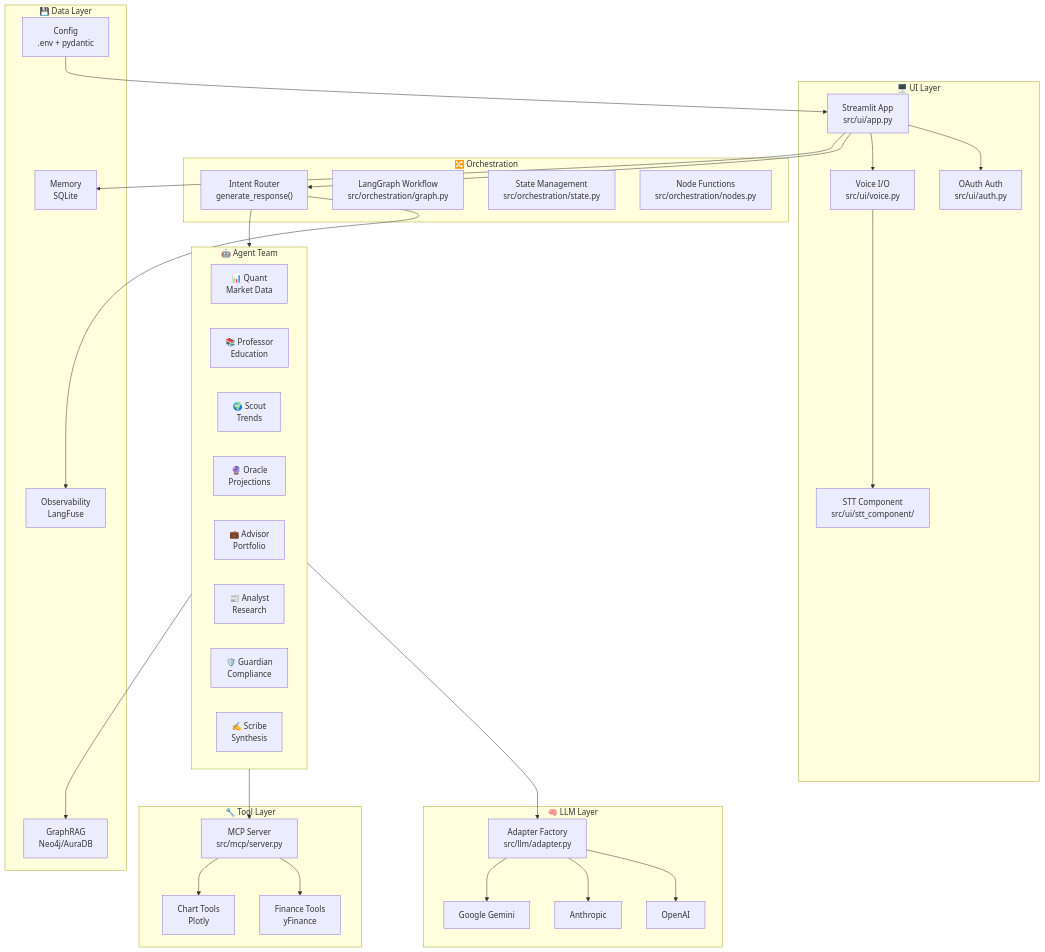
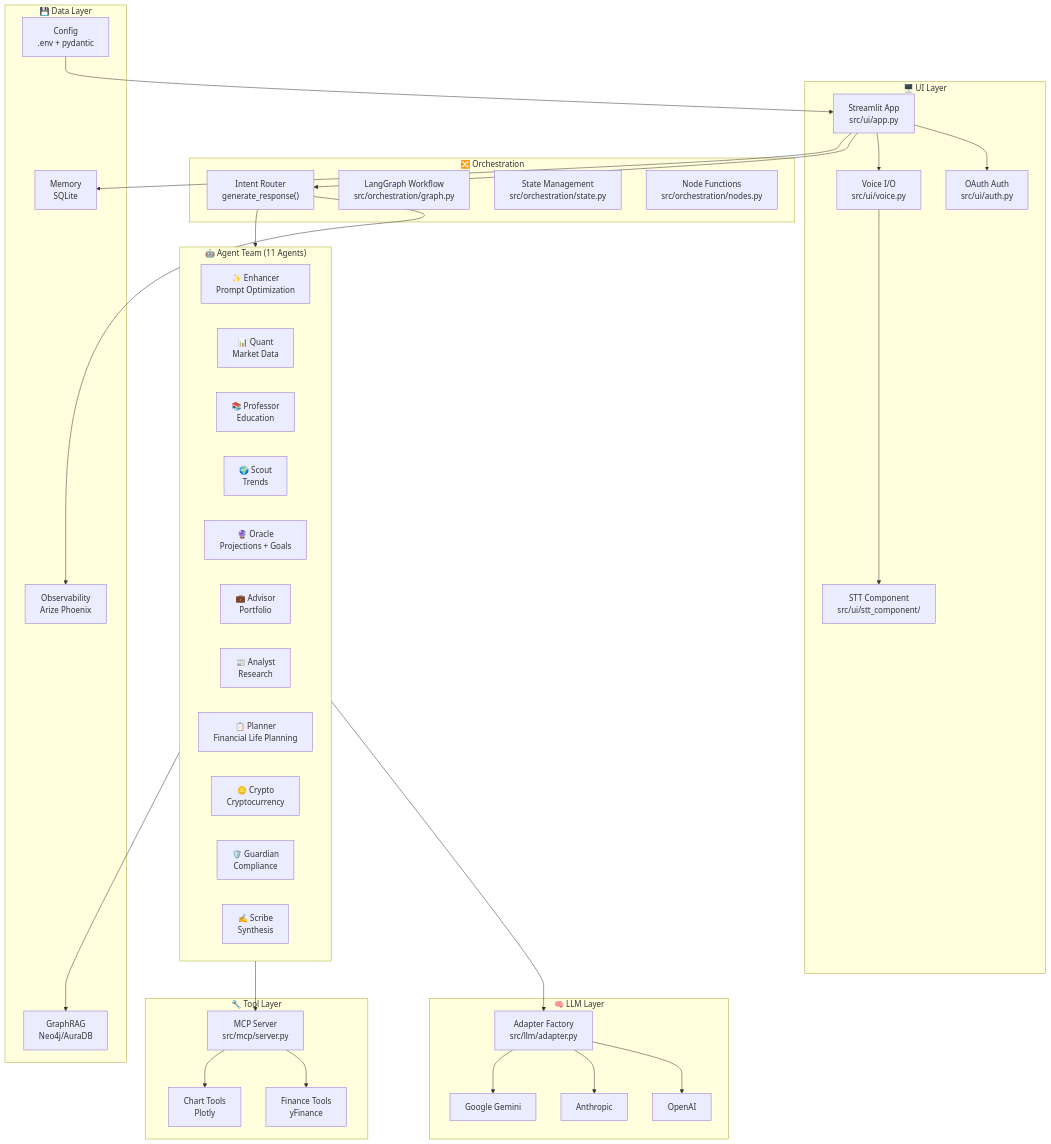
One commit to sathyaincampus/finnie-ai changed the first of 3 diagrams in docs/CODE_WALKTHROUGH.md. Above: the diagram before and after it, drawn with Mermaid. The commit also changed other lines of this file and 33 other files, not shown here.

Commit message:
feat: Implement new UI tab structure with dedicated sections for planning, crypto, portfolio, and market, integrate Phoenix tracing and evaluations, and add new agents.

````diff
--- a/docs/CODE_WALKTHROUGH.md
+++ b/docs/CODE_WALKTHROUGH.md
@@ -10,61 +10,64 @@
 ```mermaid
 graph TD
     subgraph UI["🖥️ UI Layer"]
         ST["Streamlit App<br/>src/ui/app.py"]
         AUTH["OAuth Auth<br/>src/ui/auth.py"]
         VOICE["Voice I/O<br/>src/ui/voice.py"]
         STT["STT Component<br/>src/ui/stt_component/"]
     end
 
     subgraph ORCH["🔀 Orchestration"]
         ROUTER["Intent Router<br/>generate_response()"]
         GRAPH["LangGraph Workflow<br/>src/orchestration/graph.py"]
         STATE["State Management<br/>src/orchestration/state.py"]
         NODES["Node Functions<br/>src/orchestration/nodes.py"]
     end
 
-    subgraph AGENTS["🤖 Agent Team"]
+    subgraph AGENTS["🤖 Agent Team (11 Agents)"]
+        ENHANCE["✨ Enhancer<br/>Prompt Optimization"]
         QUANT["📊 Quant<br/>Market Data"]
         PROF["📚 Professor<br/>Education"]
         SCOUT["🌍 Scout<br/>Trends"]
-        ORACLE["🔮 Oracle<br/>Projections"]
+        ORACLE["🔮 Oracle<br/>Projections + Goals"]
         ADVISOR["💼 Advisor<br/>Portfolio"]
         ANALYST["📰 Analyst<br/>Research"]
+        PLANNER["📋 Planner<br/>Financial Life Planning"]
+        CRYPTO["🪙 Crypto<br/>Cryptocurrency"]
         GUARD["🛡️ Guardian<br/>Compliance"]
         SCRIBE["✍️ Scribe<br/>Synthesis"]
     end
 
     subgraph LLM["🧠 LLM Layer"]
         ADAPTER["Adapter Factory<br/>src/llm/adapter.py"]
         OAI["OpenAI"]
         ANT["Anthropic"]
         GOOG["Google Gemini"]
     end
 
     subgraph TOOLS["🔧 Tool Layer"]
         MCP["MCP Server<br/>src/mcp/server.py"]
         FIN["Finance Tools<br/>yFinance"]
         CHART["Chart Tools<br/>Plotly"]
     end
 
     subgraph DATA["💾 Data Layer"]
         MEM["Memory<br/>SQLite"]
         GR["GraphRAG<br/>Neo4j/AuraDB"]
-        OBS["Observability<br/>LangFuse"]
+        OBS["Observability<br/>Arize Phoenix"]
         CFG["Config<br/>.env + pydantic"]
     end
 
     ST --> AUTH
     ST --> VOICE
     VOICE --> STT
     ST --> ROUTER
     ROUTER --> AGENTS
     AGENTS --> ADAPTER
     ADAPTER --> OAI & ANT & GOOG
     AGENTS --> MCP
     MCP --> FIN & CHART
     AGENTS --> GR
     ST --> MEM
     ROUTER --> OBS
     CFG --> ST
 ```
````
